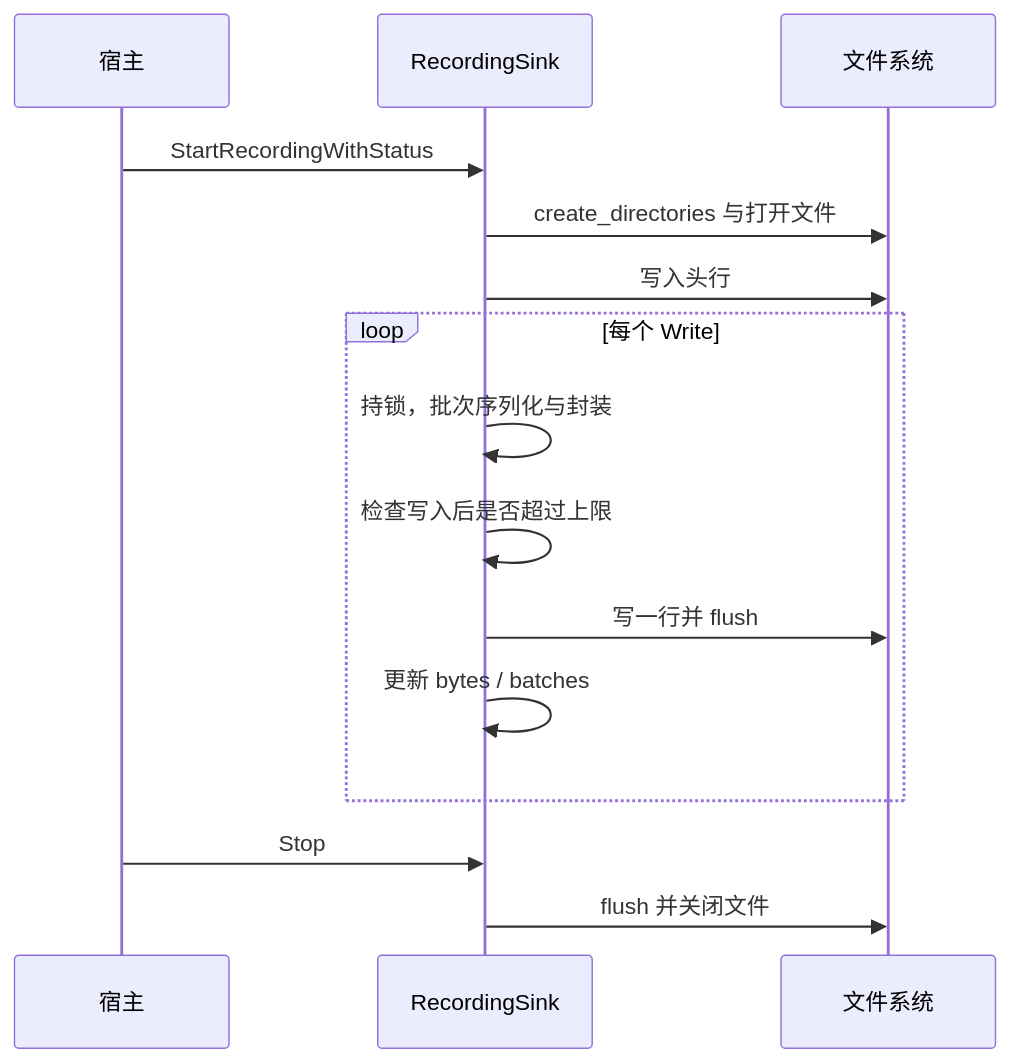
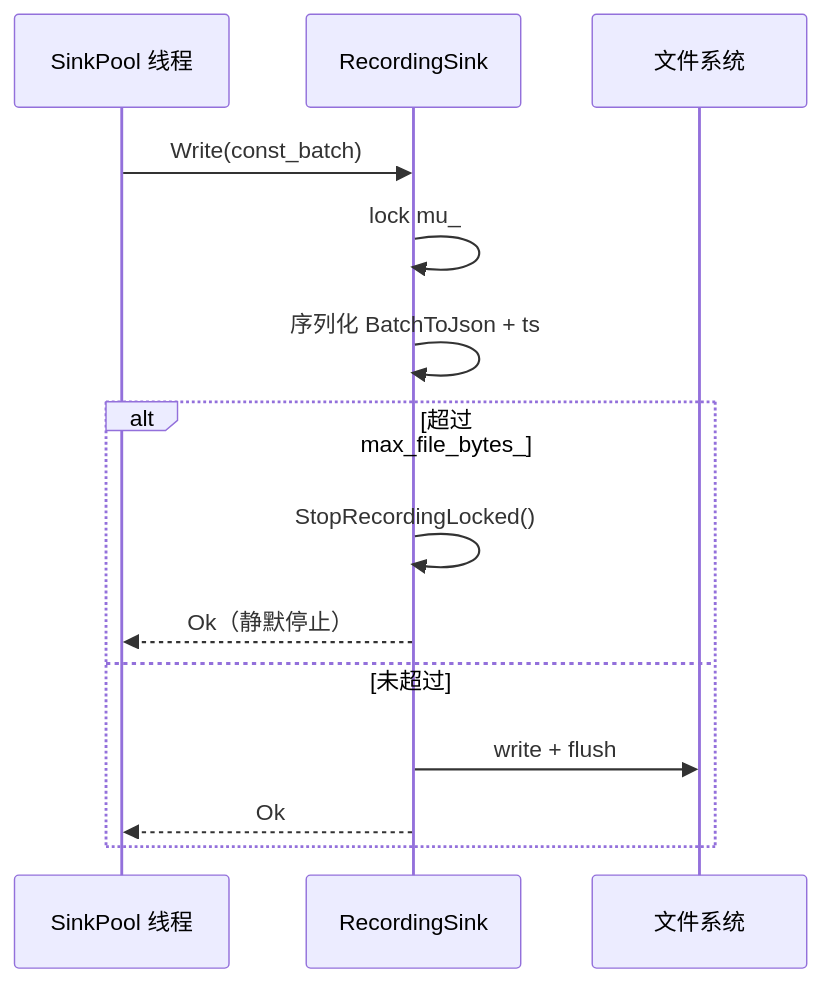
The third of 4 diagrams in docs/document/撰修司/illuminator性能监控平台/设计方案/08-recording-and-storage.md (Franch-Toast/Scriptorium), drawn with Mermaid before and after one commit. The commit also changed other lines of this file and 20 other files, not shown here.

````diff
--- a/docs/document/撰修司/illuminator性能监控平台/设计方案/08-recording-and-storage.md
+++ b/docs/document/撰修司/illuminator性能监控平台/设计方案/08-recording-and-storage.md
@@ -79,18 +122,17 @@
 ```mermaid
 %%{init: {"sequence":{"useMaxWidth":false}}}%%
 sequenceDiagram
-    participant H as 宿主
-    participant S as RecordingSink
-    participant F as 文件系统
-    H->>S: StartRecordingWithStatus
-    S->>F: create_directories 与打开文件
-    S->>F: 写入头行
-    loop 每个 Write
-        S->>S: 持锁，批次序列化与封装
-        S->>S: 检查写入后是否超过上限
-        S->>F: 写一行并 flush
-        S->>S: 更新 bytes / batches
+    participant SP as SinkPool 线程
+    participant RS as RecordingSink
+    participant FS as 文件系统
+    SP->>RS: Write(const_batch)
+    RS->>RS: lock mu_
+    RS->>RS: 序列化 BatchToJson + ts
+    alt 超过 max_file_bytes_
+        RS->>RS: StopRecordingLocked()
+        RS-->>SP: Ok（静默停止）
+    else 未超过
+        RS->>FS: write + flush
+        RS-->>SP: Ok
     end
-    H->>S: Stop
-    S->>F: flush 并关闭文件
 ```
````
